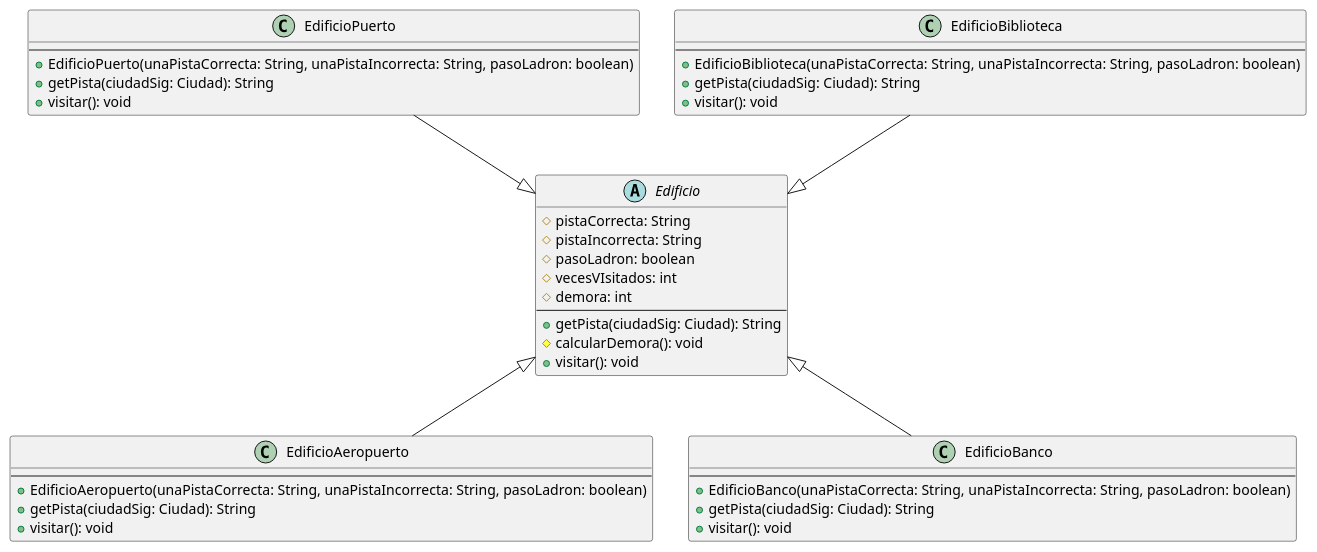
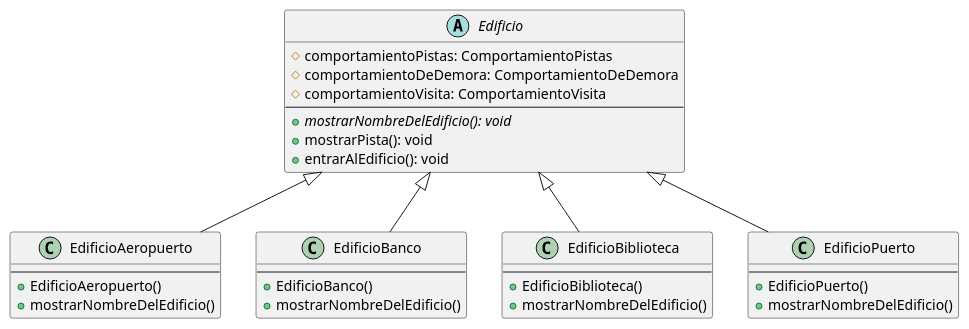
The diagram in diagrams/classes/Entrega1/claseEdificio.puml (alexguttlein/TP2-CarmenSandiego), drawn with PlantUML before and after one commit. The commit also changed 20 other files, not shown here.

```diff
--- a/diagrams/classes/Entrega1/claseEdificio.puml
+++ b/diagrams/classes/Entrega1/claseEdificio.puml
@@ -1,49 +1,43 @@
 @startuml
 
 abstract class Edificio{
-    #pistaCorrecta: String
-    #pistaIncorrecta: String
-    #pasoLadron: boolean
-    #vecesVIsitados: int
-    #demora: int
+    #comportamientoPistas: ComportamientoPistas
+    #comportamientoDeDemora: ComportamientoDeDemora
+    #comportamientoVisita: ComportamientoVisita
     --
-    +getPista(ciudadSig: Ciudad): String
-    #calcularDemora(): void
-    +visitar(): void
+    +{abstract}mostrarNombreDelEdificio(): void
+    +mostrarPista(): void
+    +entrarAlEdificio(): void
 }
 
 class EdificioAeropuerto {
     --
-    +EdificioAeropuerto(unaPistaCorrecta: String, unaPistaIncorrecta: String, pasoLadron: boolean)
-    +getPista(ciudadSig: Ciudad): String
-    +visitar(): void
+    +EdificioAeropuerto()
+    +mostrarNombreDelEdificio()
 }
 
 class EdificioBanco {
     --
-    +EdificioBanco(unaPistaCorrecta: String, unaPistaIncorrecta: String, pasoLadron: boolean)
-    +getPista(ciudadSig: Ciudad): String
-    +visitar(): void
+    +EdificioBanco()
+    +mostrarNombreDelEdificio()
 }
 
 class EdificioBiblioteca {
     --
-    +EdificioBiblioteca(unaPistaCorrecta: String, unaPistaIncorrecta: String, pasoLadron: boolean)
-    +getPista(ciudadSig: Ciudad): String
-    +visitar(): void
+    +EdificioBiblioteca()
+    +mostrarNombreDelEdificio()
 }
 
 class EdificioPuerto {
     --
-    +EdificioPuerto(unaPistaCorrecta: String, unaPistaIncorrecta: String, pasoLadron: boolean)
-    +getPista(ciudadSig: Ciudad): String
-    +visitar(): void
+    +EdificioPuerto()
+    +mostrarNombreDelEdificio()
 }
 
 Edificio <|-down- EdificioAeropuerto
 Edificio <|-down- EdificioBanco
-Edificio <|-up- EdificioBiblioteca
-Edificio <|-up- EdificioPuerto
+Edificio <|-down- EdificioBiblioteca
+Edificio <|-down- EdificioPuerto
 
 
 @enduml
```
